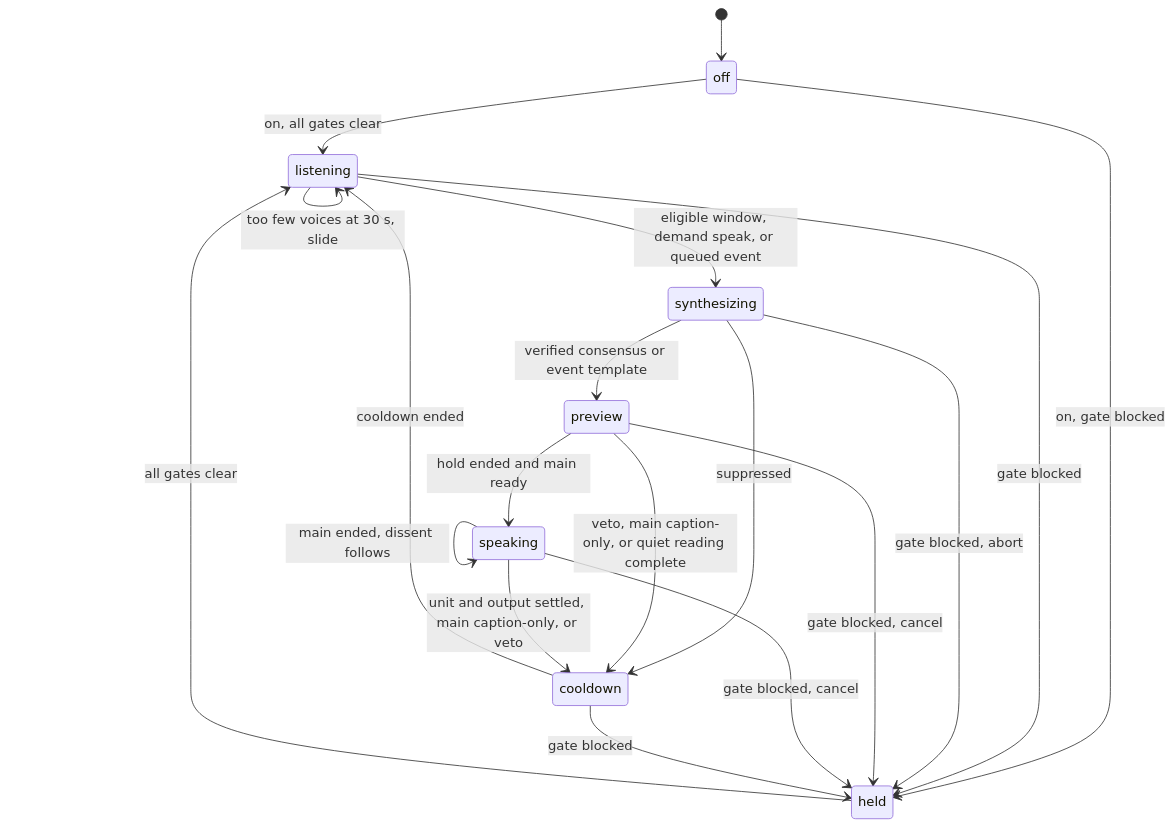
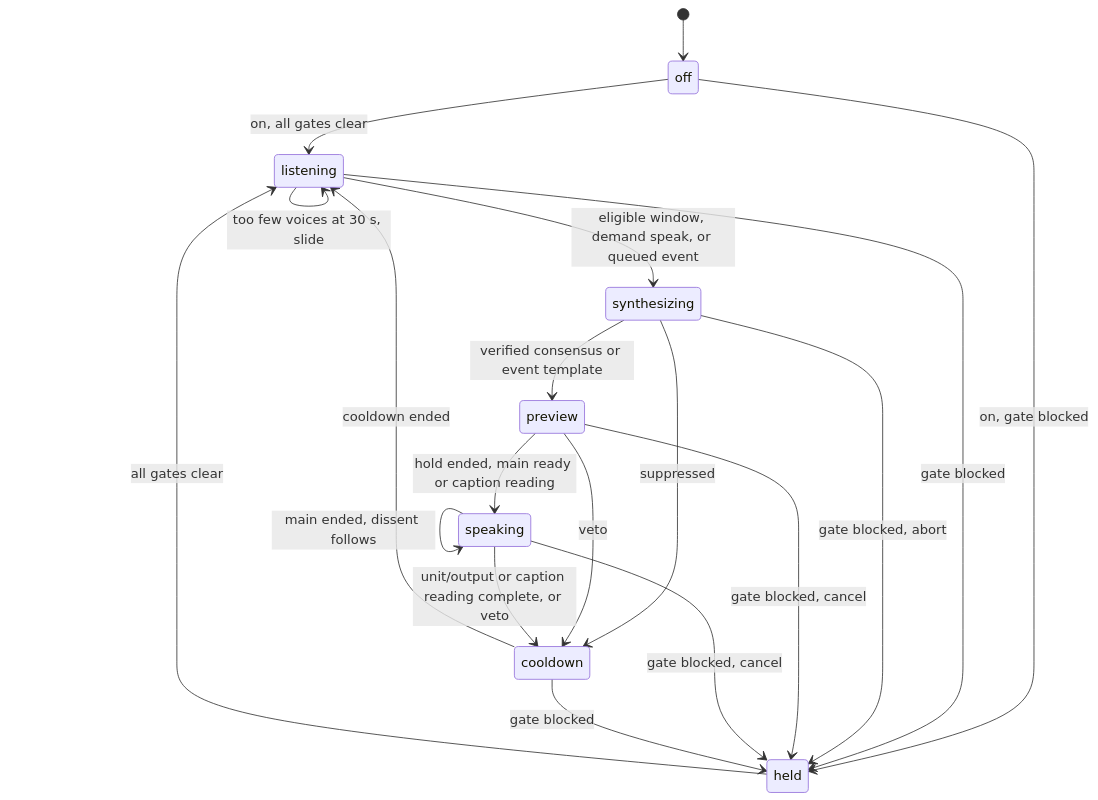
Before and after one commit to varunbhandarii/spokesmob: the diagram in packages/core/README.md, drawn with Mermaid. The commit also changed other lines of this file and 55 other files, not shown here.

````diff
--- a/packages/core/README.md
+++ b/packages/core/README.md
@@ -9,21 +9,21 @@
 ```mermaid
 stateDiagram-v2
   [*] --> off
   off --> listening: on, all gates clear
   off --> held: on, gate blocked
   listening --> synthesizing: eligible window, demand speak, or queued event
   listening --> listening: too few voices at 30 s, slide
   synthesizing --> preview: verified consensus or event template
   synthesizing --> cooldown: suppressed
-  preview --> speaking: hold ended and main ready
-  preview --> cooldown: veto, main caption-only, or quiet reading complete
+  preview --> speaking: hold ended, main ready or caption reading
+  preview --> cooldown: veto
   speaking --> speaking: main ended, dissent follows
-  speaking --> cooldown: unit and output settled, main caption-only, or veto
+  speaking --> cooldown: unit/output or caption reading complete, or veto
   cooldown --> listening: cooldown ended
   listening --> held: gate blocked
   synthesizing --> held: gate blocked, abort
   preview --> held: gate blocked, cancel
   speaking --> held: gate blocked, cancel
   cooldown --> held: gate blocked
   held --> listening: all gates clear
 ```
````
